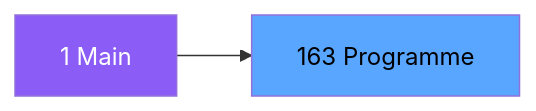
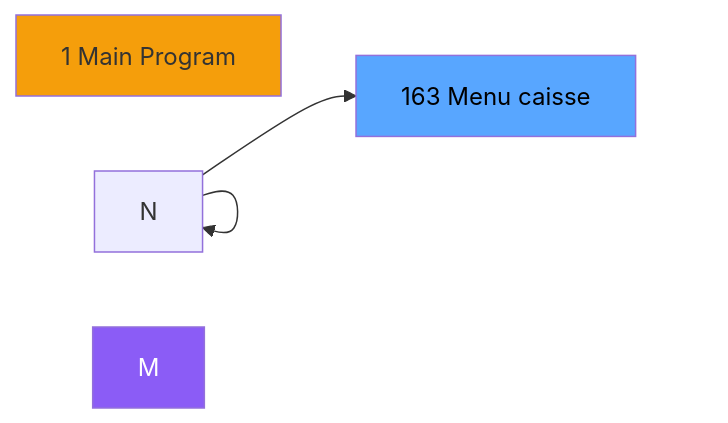
Before and after one commit to thonyAGP/magic-migration: the second of 3 diagrams in .openspec/specs/ADH-IDE-163.md, drawn with Mermaid. The commit also changed other lines of this file and 323 other files, not shown here.

````diff
--- a/.openspec/specs/ADH-IDE-163.md
+++ b/.openspec/specs/ADH-IDE-163.md
@@ -149,8 +175,11 @@
 ```mermaid
 graph LR
-    M[1 Main]
-    T[163 Programme]
-    M --> T
+    N1[1 Main Program]
+    T[163 Menu caisse ]
+    N --> N
+    N --> N
+    N --> T
     style M fill:#8b5cf6,color:#fff
+    style N1 fill:#f59e0b
     style T fill:#58a6ff,color:#000
 ```
````
